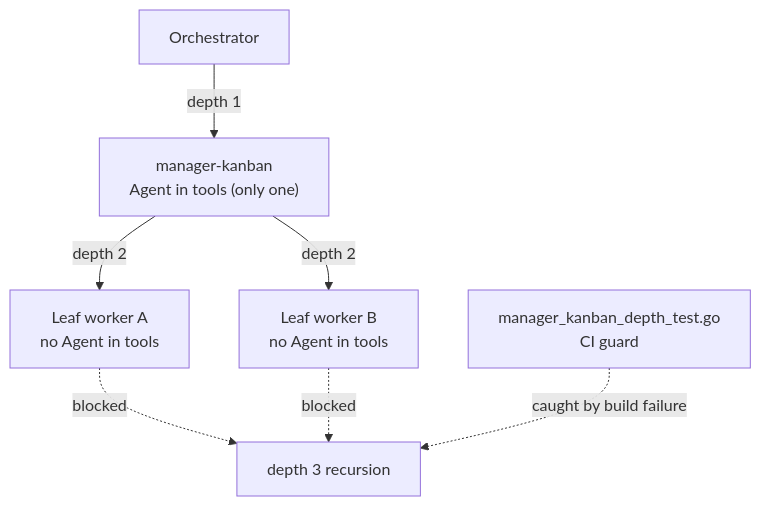
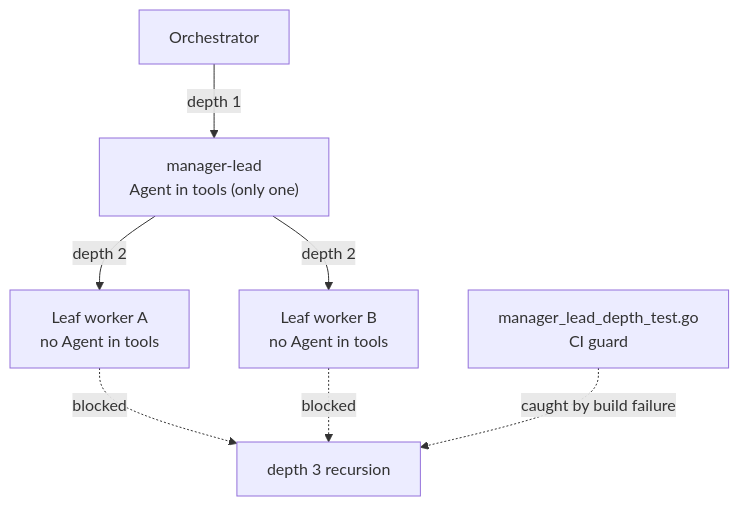
Before and after one commit to modu-ai/moai-adk: the third of 5 diagrams in docs-site/content/en/advanced/agent-guide.md, drawn with Mermaid. The commit also changed other lines of this file and 17 other files, not shown here.

First line of the commit message:
docs(docs-site): sweep manager-kanban -> manager-lead agent-name prose (4 locales)

````diff
--- a/docs-site/content/en/advanced/agent-guide.md
+++ b/docs-site/content/en/advanced/agent-guide.md
@@ -165,9 +165,9 @@
 ```mermaid
 flowchart TD
-    ORCH["Orchestrator"] -->|"depth 1"| LEAD["manager-kanban<br>Agent in tools (only one)"]
+    ORCH["Orchestrator"] -->|"depth 1"| LEAD["manager-lead<br>Agent in tools (only one)"]
     LEAD -->|"depth 2"| W1["Leaf worker A<br>no Agent in tools"]
     LEAD -->|"depth 2"| W2["Leaf worker B<br>no Agent in tools"]
     W1 -.->|"blocked"| X["depth 3 recursion"]
     W2 -.->|"blocked"| X
-    GUARD["manager_kanban_depth_test.go<br>CI guard"] -.->|"caught by build failure"| X
+    GUARD["manager_lead_depth_test.go<br>CI guard"] -.->|"caught by build failure"| X
 ```
````
